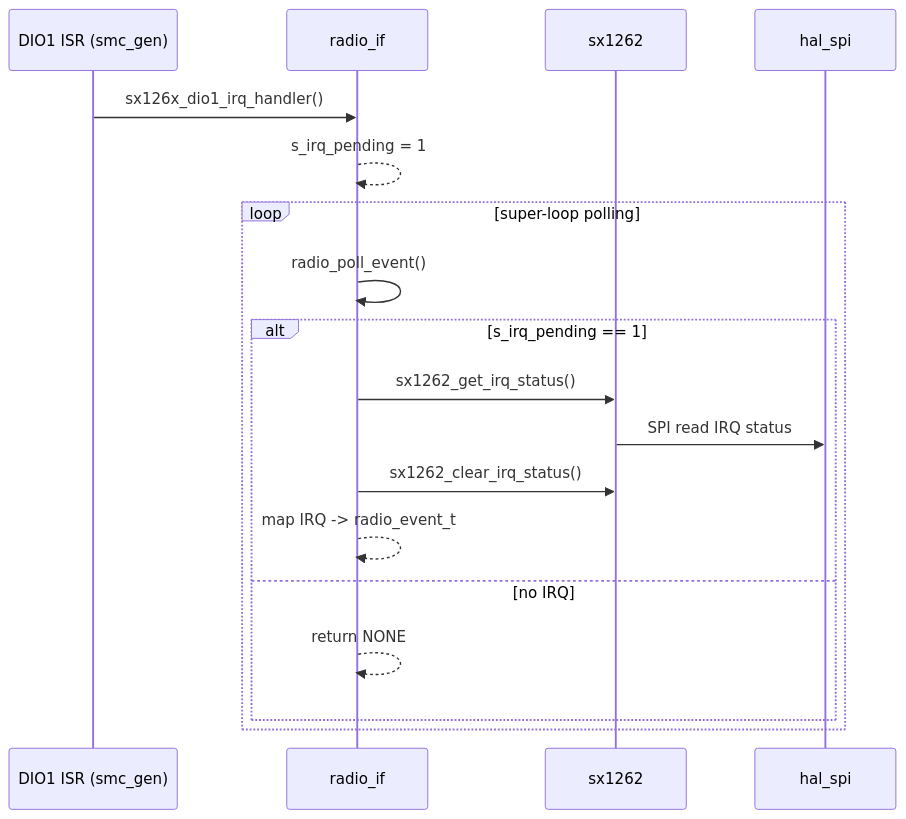
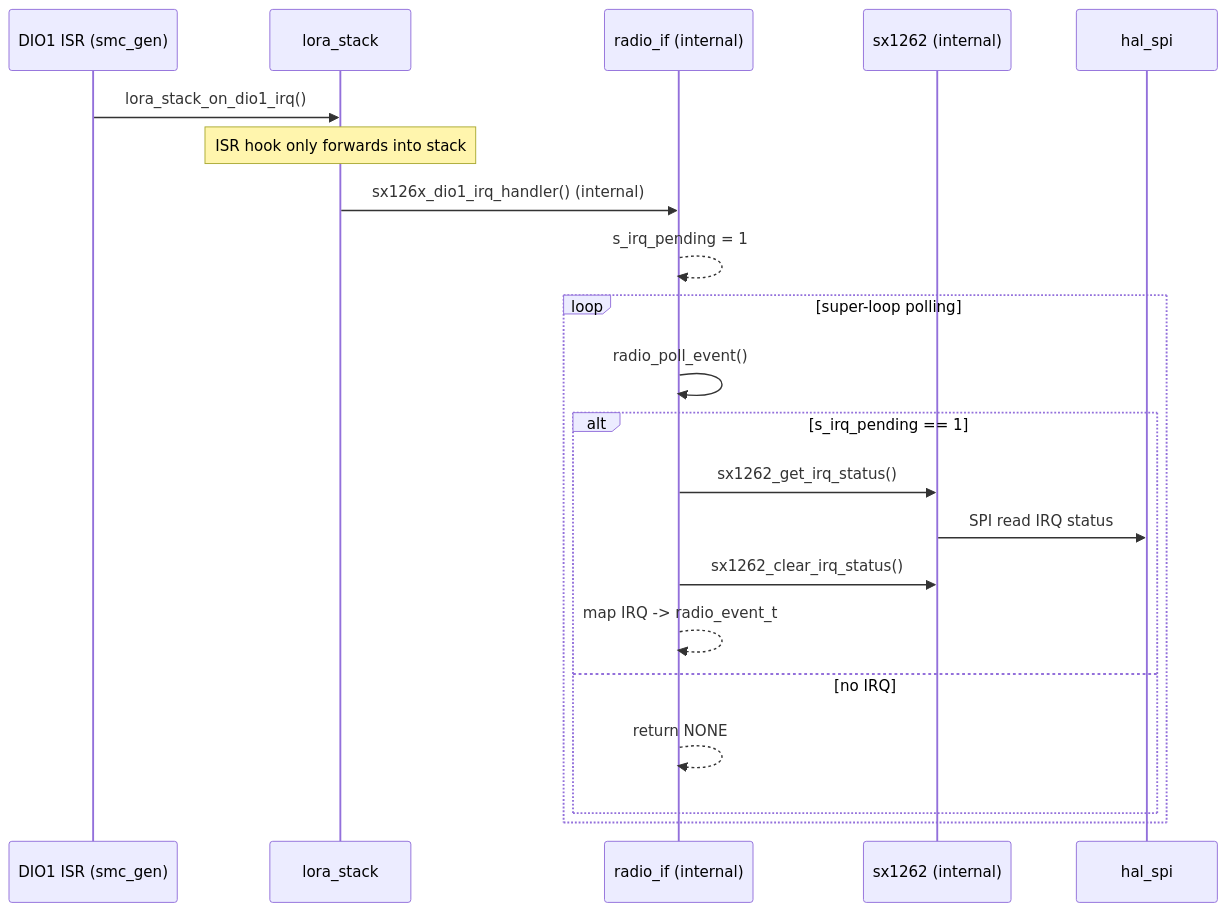
Before and after one commit to vuvantruong120896/emic_lora_protocol: the seventh of 8 diagrams in EMIC_LORA_PROTOCOL/docs/layer_call_flow.md, drawn with Mermaid. The commit also changed other lines of this file and 79 other files, not shown here.

````diff
--- a/EMIC_LORA_PROTOCOL/docs/layer_call_flow.md
+++ b/EMIC_LORA_PROTOCOL/docs/layer_call_flow.md
@@ -276,22 +313,25 @@
 ```mermaid
 sequenceDiagram
   participant ISR as DIO1 ISR (smc_gen)
-  participant RADIO as radio_if
-  participant SX as sx1262
+  participant STACK as lora_stack
+  participant RADIO as radio_if (internal)
+  participant SX as sx1262 (internal)
   participant SPI as hal_spi
 
-  ISR->>RADIO: sx126x_dio1_irq_handler()
+  ISR->>STACK: lora_stack_on_dio1_irq()
+  Note over STACK: ISR hook only forwards into stack
+  STACK->>RADIO: sx126x_dio1_irq_handler() (internal)
   RADIO-->>RADIO: s_irq_pending = 1
 
   loop super-loop polling
     RADIO->>RADIO: radio_poll_event()
     alt s_irq_pending == 1
       RADIO->>SX: sx1262_get_irq_status()
       SX->>SPI: SPI read IRQ status
       RADIO->>SX: sx1262_clear_irq_status()
       RADIO-->>RADIO: map IRQ -> radio_event_t
     else no IRQ
       RADIO-->>RADIO: return NONE
     end
   end
 ```
````
